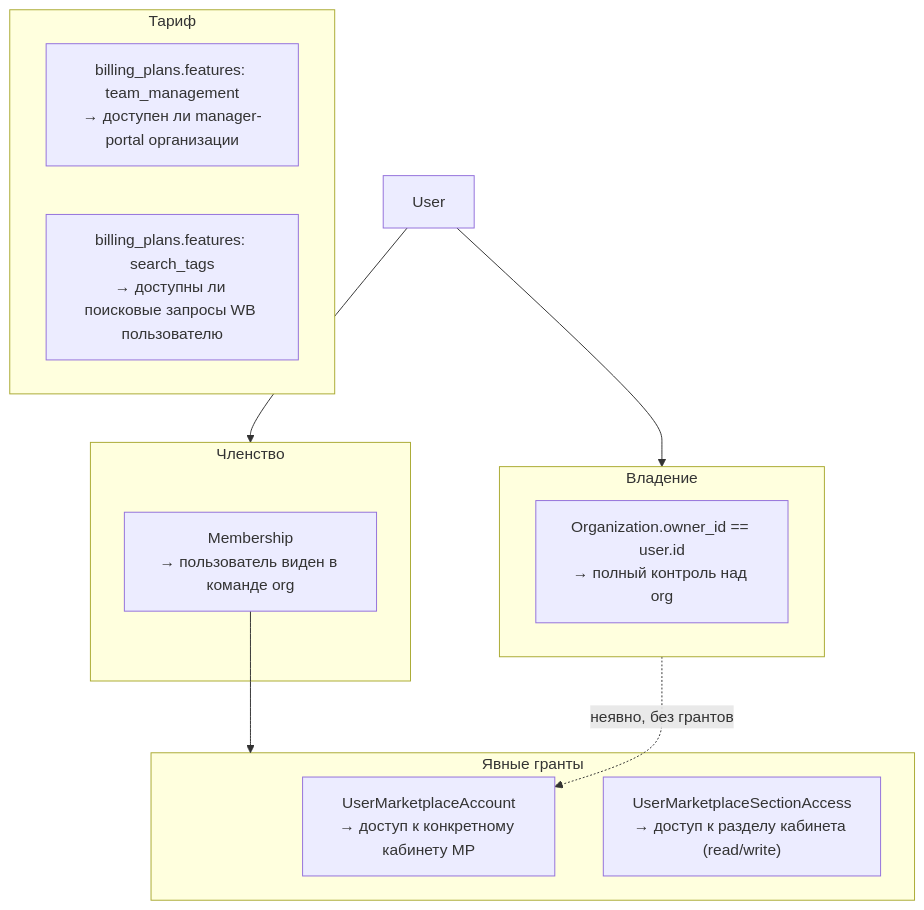
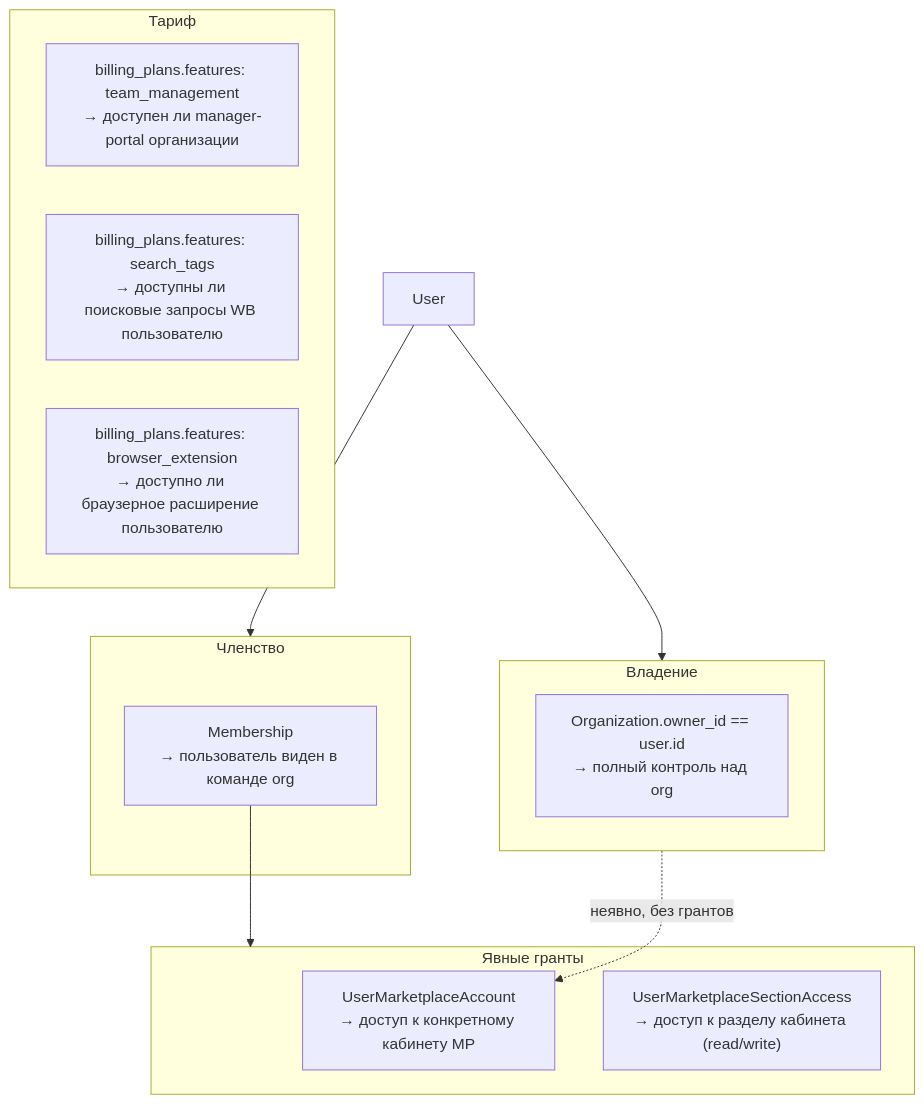
The diagram in architecture/access-control.md (MarketHackerLabs/docs), drawn with Mermaid before and after one commit. The commit also changed other lines of this file and 4 other files, not shown here.

````diff
--- a/architecture/access-control.md
+++ b/architecture/access-control.md
@@ -21,27 +21,28 @@
 ```mermaid
 flowchart TB
     USER[User]
 
     subgraph OWN [Владение]
         OWNER["Organization.owner_id == user.id\n→ полный контроль над org"]
     end
 
     subgraph MEMBER [Членство]
         MEM["Membership\n→ пользователь виден в команде org"]
     end
 
     subgraph GRANT [Явные гранты]
         ACC["UserMarketplaceAccount\n→ доступ к конкретному кабинету MP"]
         SEC["UserMarketplaceSectionAccess\n→ доступ к разделу кабинета (read/write)"]
     end
 
     subgraph PLAN [Тариф]
         MP_FEATURE["billing_plans.features: team_management\n→ доступен ли manager-portal организации"]
         ST_FEATURE["billing_plans.features: search_tags\n→ доступны ли поисковые запросы WB пользователю"]
+        EXT_FEATURE["billing_plans.features: browser_extension\n→ доступно ли браузерное расширение пользователю"]
     end
 
     USER --> OWN
     USER --> MEMBER
     MEM --> GRANT
     OWN -.->|неявно, без грантов| ACC
 ```
````
